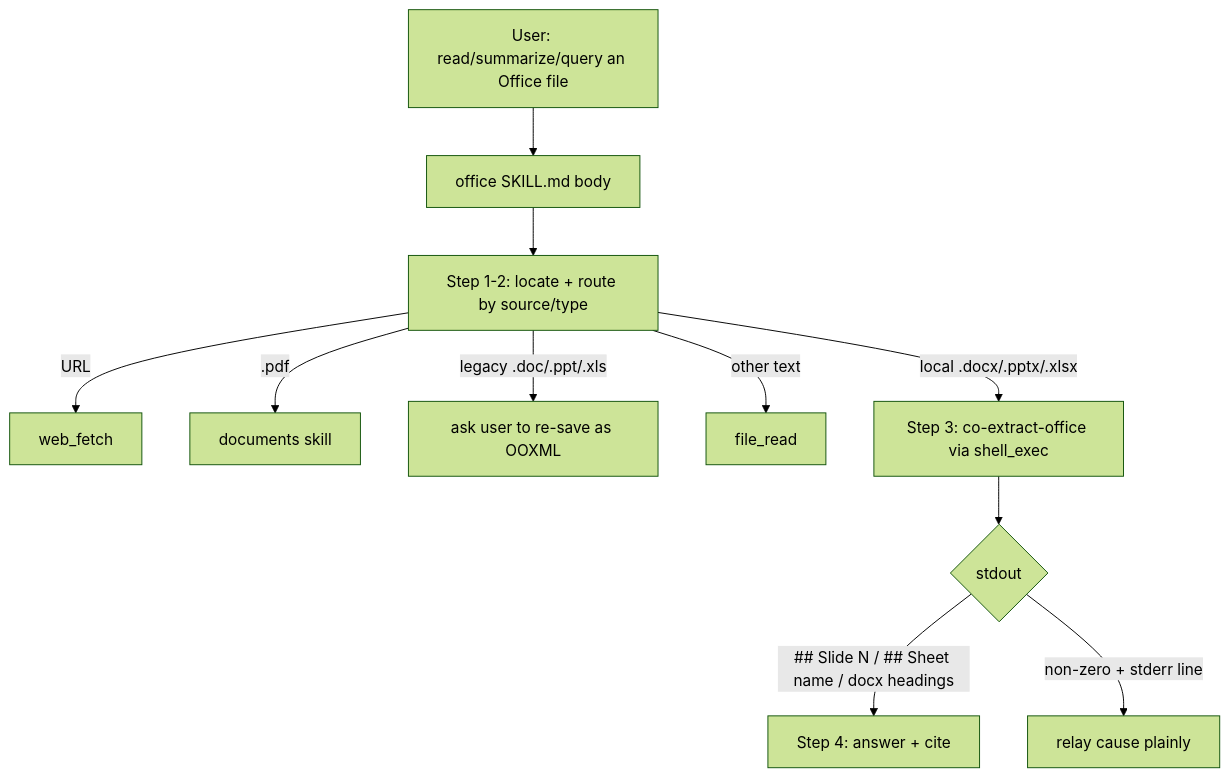
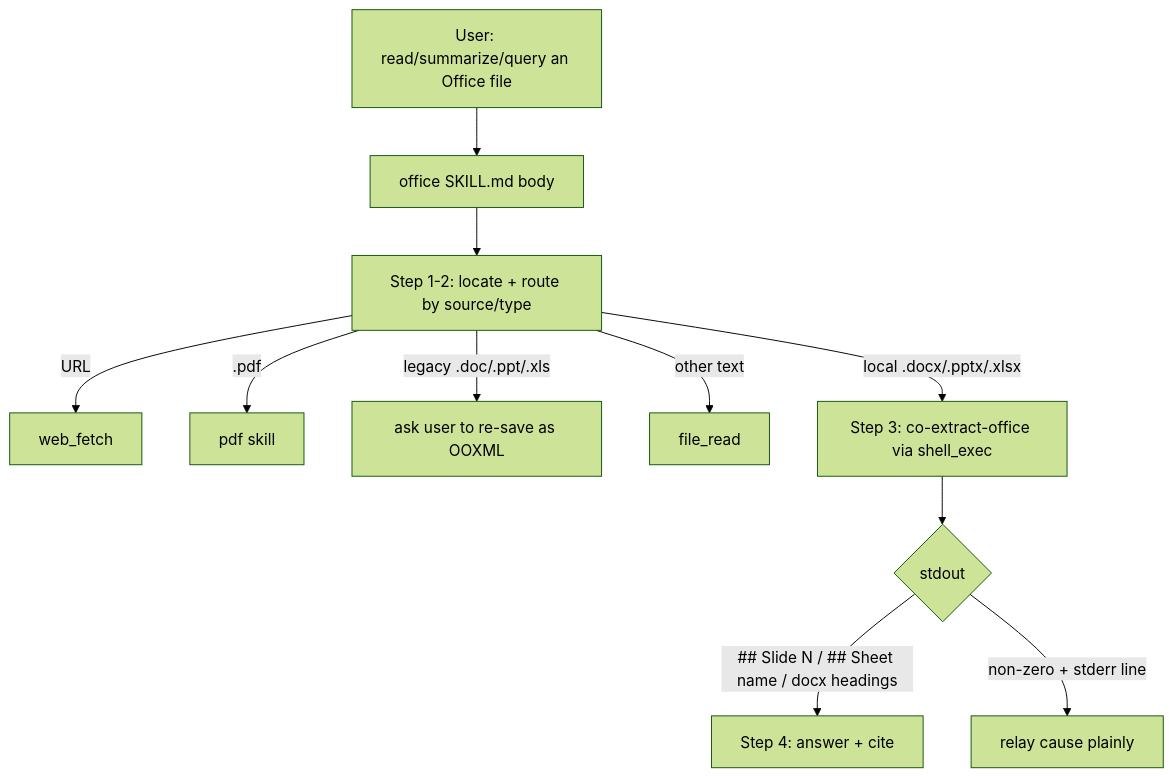
One commit to binlecode/co-cli changed the diagram in docs/specs/skills-office.md. Above: the diagram before and after it, drawn with Mermaid (forest theme). The commit also changed other lines of this file and 27 other files, not shown here.

First line of the commit message:
refactor: rename `documents` skill → `pdf` + ship PDF form-field extraction

````diff
--- a/docs/specs/skills-office.md
+++ b/docs/specs/skills-office.md
@@ -11,13 +11,13 @@
 ```mermaid
 flowchart TD
     U[User: read/summarize/query an Office file] --> SK[office SKILL.md body]
     SK --> LOC[Step 1-2: locate + route by source/type]
     LOC -->|URL| WF[web_fetch]
-    LOC -->|.pdf| DOC[documents skill]
+    LOC -->|.pdf| DOC[pdf skill]
     LOC -->|legacy .doc/.ppt/.xls| RESAVE[ask user to re-save as OOXML]
     LOC -->|other text| FR[file_read]
     LOC -->|local .docx/.pptx/.xlsx| EX[Step 3: co-extract-office via shell_exec]
     EX --> OUT{stdout}
     OUT -->|## Slide N / ## Sheet name / docx headings| ANS[Step 4: answer + cite]
     OUT -->|non-zero + stderr line| ERR[relay cause plainly]
 ```
````
